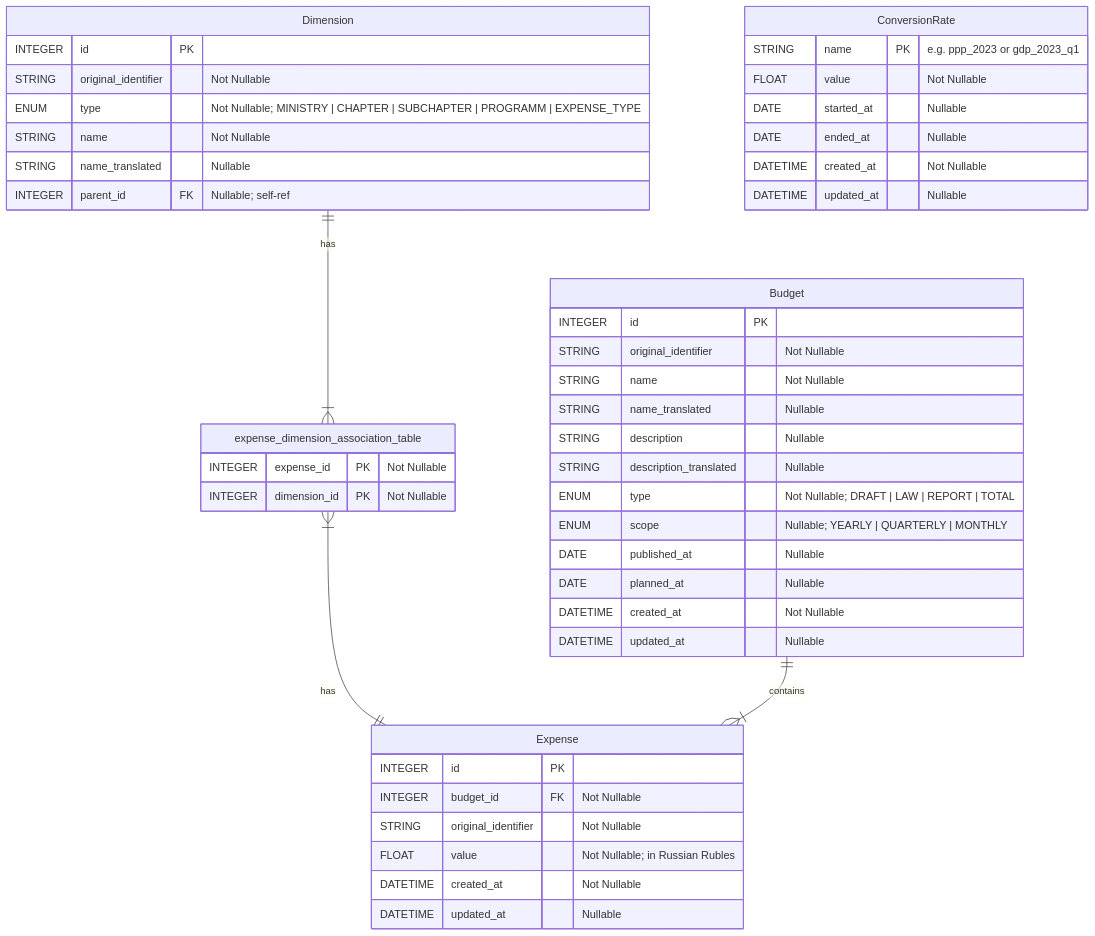
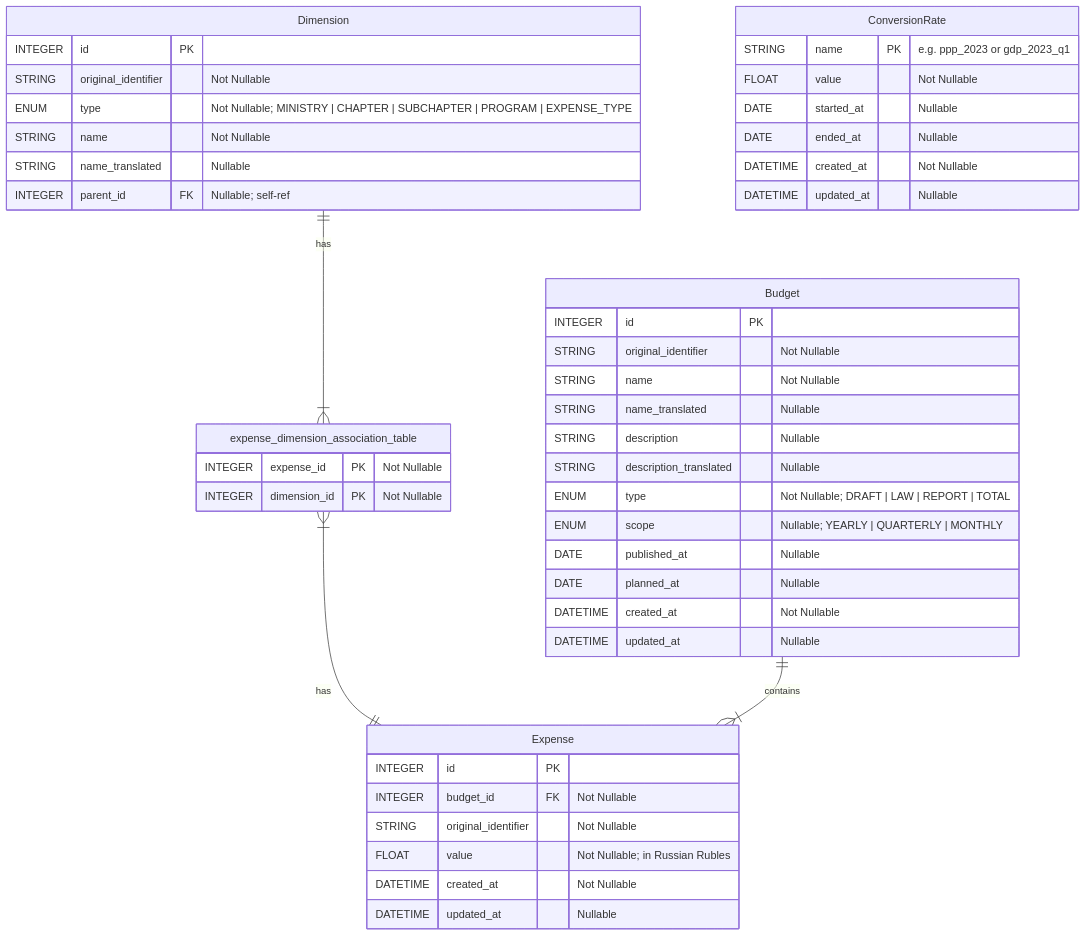
Before and after one commit to swp-berlin/ru_budget_tracker: the first of 2 diagrams in README.md, drawn with Mermaid. The commit also changed 11 other files, not shown here.

````diff
--- a/README.md
+++ b/README.md
@@ -169,48 +169,48 @@
 ```mermaid
 erDiagram
     Dimension {
         INTEGER id PK
         STRING original_identifier "Not Nullable"
-        ENUM type "Not Nullable; MINISTRY | CHAPTER | SUBCHAPTER | PROGRAMM | EXPENSE_TYPE"
+        ENUM type "Not Nullable; MINISTRY | CHAPTER | SUBCHAPTER | PROGRAM | EXPENSE_TYPE"
         STRING name "Not Nullable"
         STRING name_translated "Nullable"
         INTEGER parent_id FK "Nullable; self-ref"
     }
     Dimension ||--|{ expense_dimension_association_table : has
     expense_dimension_association_table {
         INTEGER expense_id PK "Not Nullable"
         INTEGER dimension_id PK "Not Nullable"
     }
     expense_dimension_association_table }|--|| Expense : has
     Expense {
         INTEGER id PK
         INTEGER budget_id FK "Not Nullable"
         STRING original_identifier "Not Nullable"
         FLOAT value "Not Nullable; in Russian Rubles"
         DATETIME created_at "Not Nullable"
         DATETIME updated_at "Nullable"
     }
     Budget ||--|{ Expense : contains
     Budget {
         INTEGER id PK
         STRING original_identifier "Not Nullable"
         STRING name "Not Nullable"
         STRING name_translated "Nullable"
         STRING description "Nullable"
         STRING description_translated "Nullable"
         ENUM type "Not Nullable; DRAFT | LAW | REPORT | TOTAL"
         ENUM scope "Nullable; YEARLY | QUARTERLY | MONTHLY"
         DATE published_at "Nullable"
         DATE planned_at "Nullable"
         DATETIME created_at "Not Nullable"
         DATETIME updated_at "Nullable"
     }
     ConversionRate {
         STRING name PK "e.g. ppp_2023 or gdp_2023_q1"
         FLOAT value "Not Nullable"
         DATE started_at "Nullable"
         DATE ended_at "Nullable"
         DATETIME created_at "Not Nullable"
         DATETIME updated_at "Nullable"
     }
 ```
````
